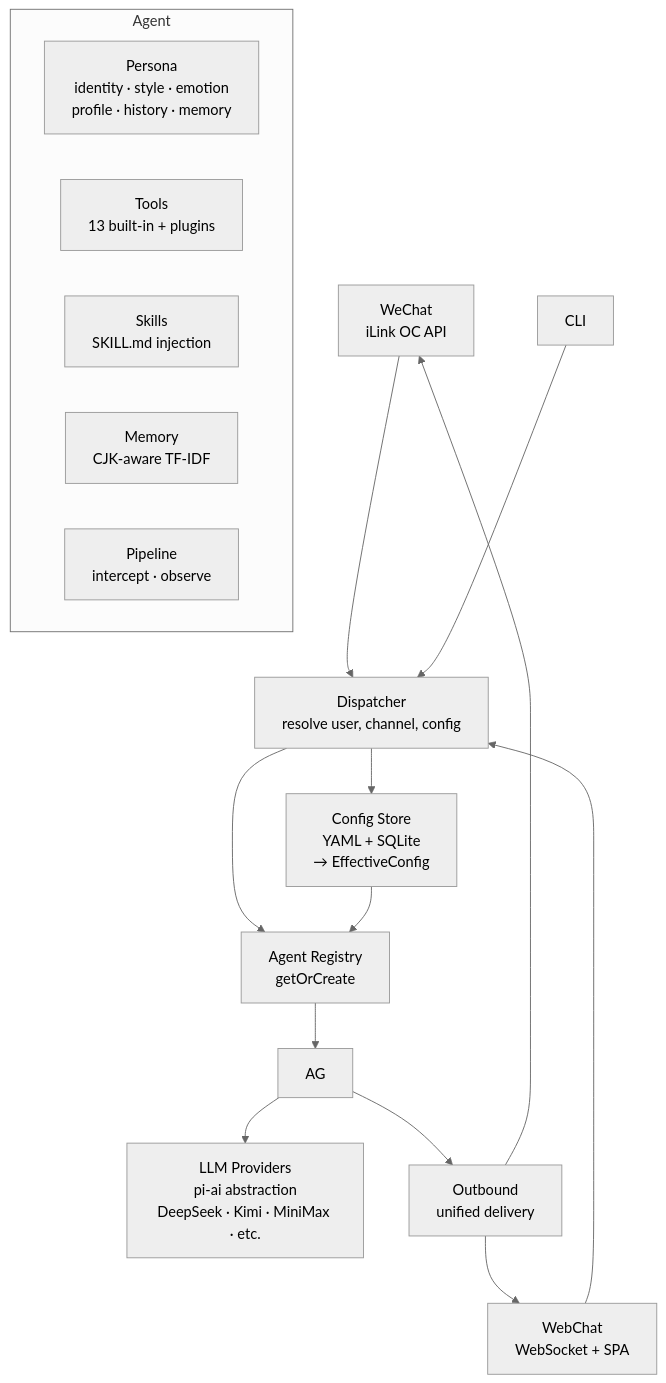
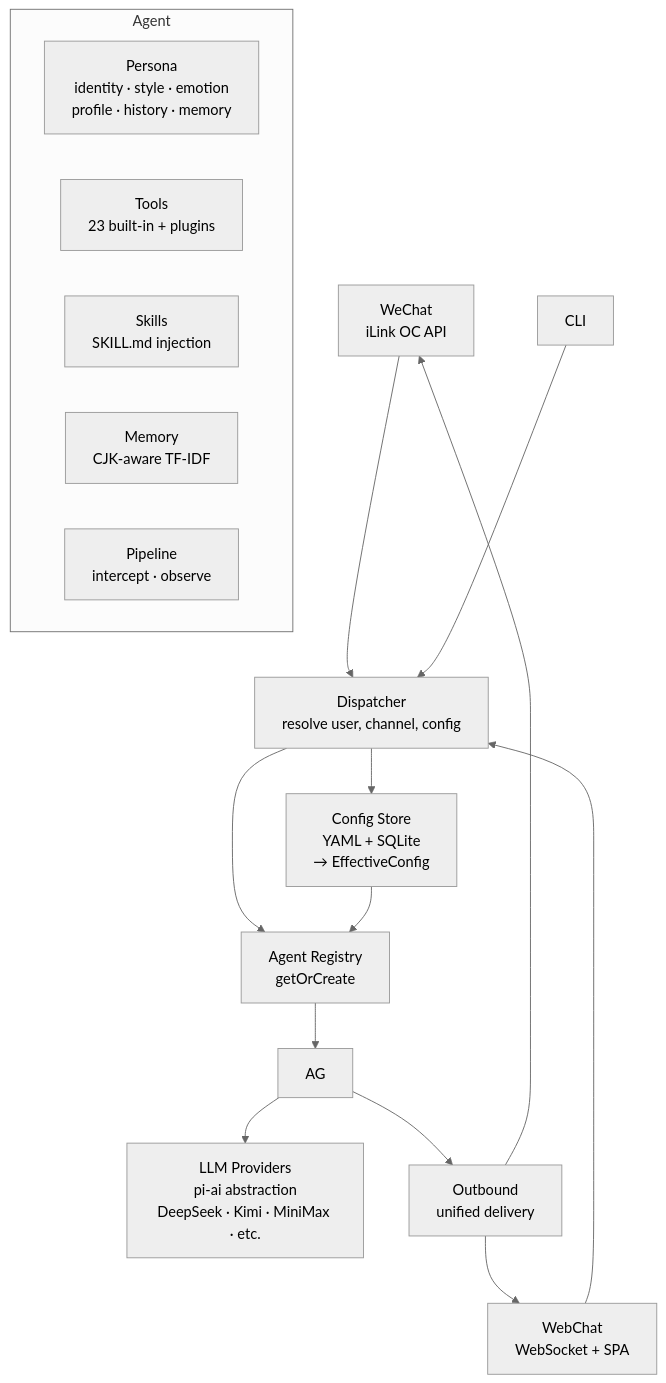
Before and after one commit to counhopig/vex-bot: the diagram in README.md, drawn with Mermaid (neutral theme). The commit also changed other lines of this file and 1 other file, not shown here.

````diff
--- a/README.md
+++ b/README.md
@@ -58,26 +58,26 @@
 ```mermaid
 flowchart TD
     WX[WeChat<br/>iLink OC API] --> DP
     WC[WebChat<br/>WebSocket + SPA] --> DP
     CLI[CLI] --> DP
 
     DP[Dispatcher<br/>resolve user, channel, config] --> AR
     DP --> CF
 
     CF[Config Store<br/>YAML + SQLite<br/>→ EffectiveConfig] --> AR
 
     AR[Agent Registry<br/>getOrCreate] --> AG
 
     subgraph Agent
         PS[Persona<br/>identity · style · emotion<br/>profile · history · memory]
-        TL[Tools<br/>13 built-in + plugins]
+        TL[Tools<br/>23 built-in + plugins]
         SK[Skills<br/>SKILL.md injection]
         MM[Memory<br/>CJK-aware TF-IDF]
         PL[Pipeline<br/>intercept · observe]
     end
 
     AG --> LLM[LLM Providers<br/>pi-ai abstraction<br/>DeepSeek · Kimi · MiniMax · etc.]
     AG --> OB[Outbound<br/>unified delivery]
     OB --> WX
     OB --> WC
 ```
````
